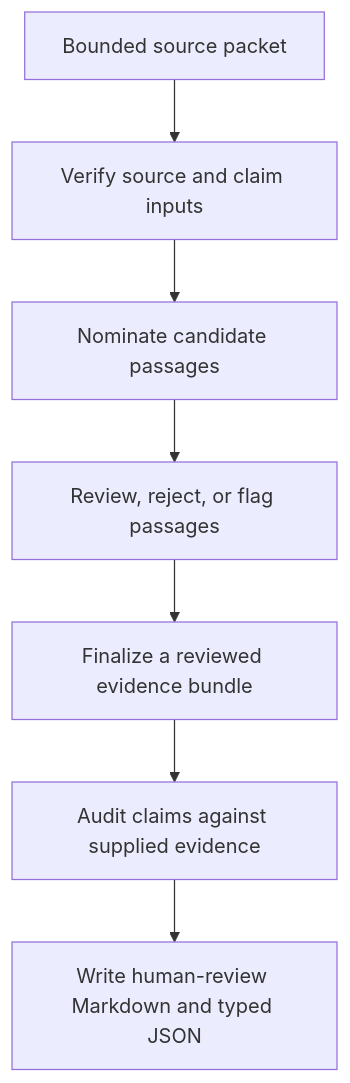
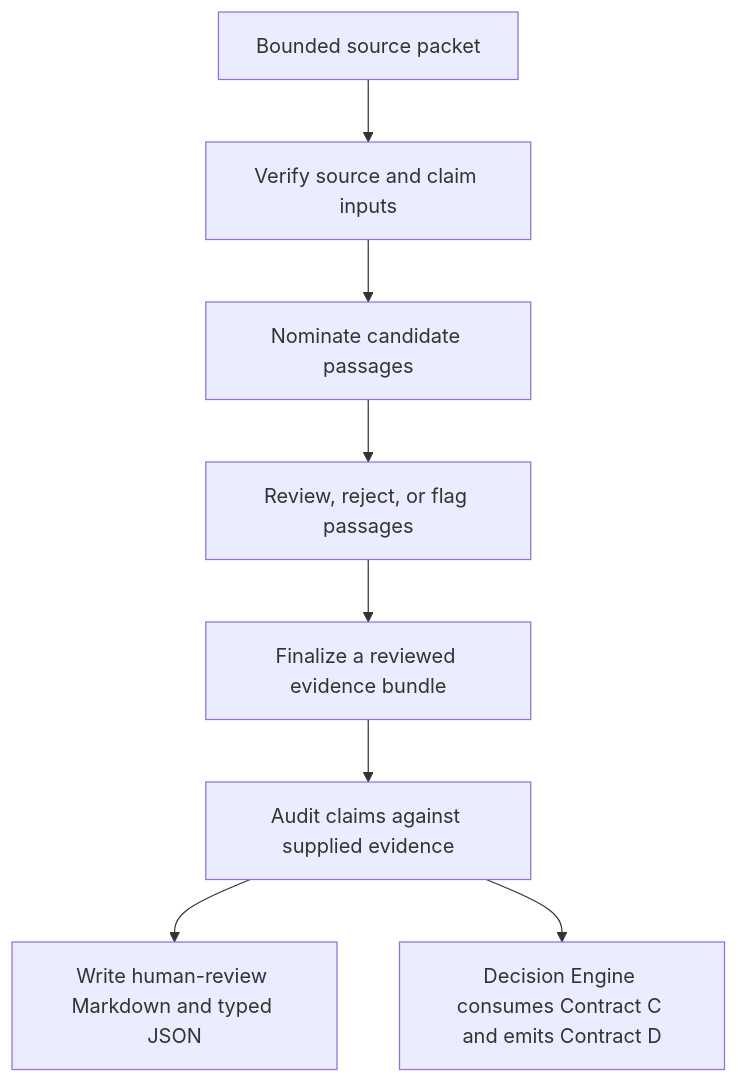
One commit to camerontjs-dot/camerontjs-dot changed the diagram in CLAIM_SUPPORT_WORKFLOW.md. Above: the diagram before and after it, drawn with Mermaid. The commit also changed other lines of this file and 1 other file, not shown here.

First line of the commit message:
Document Decision Engine and public site on the profile (#3)

````diff
--- a/CLAIM_SUPPORT_WORKFLOW.md
+++ b/CLAIM_SUPPORT_WORKFLOW.md
@@ -15,9 +15,10 @@
 ```mermaid
 flowchart TD
     A["Bounded source packet"] --> B["Verify source and claim inputs"]
     B --> C["Nominate candidate passages"]
     C --> D["Review, reject, or flag passages"]
     D --> E["Finalize a reviewed evidence bundle"]
     E --> F["Audit claims against supplied evidence"]
     F --> G["Write human-review Markdown and typed JSON"]
+    F --> H["Decision Engine consumes Contract C and emits Contract D"]
 ```
````
